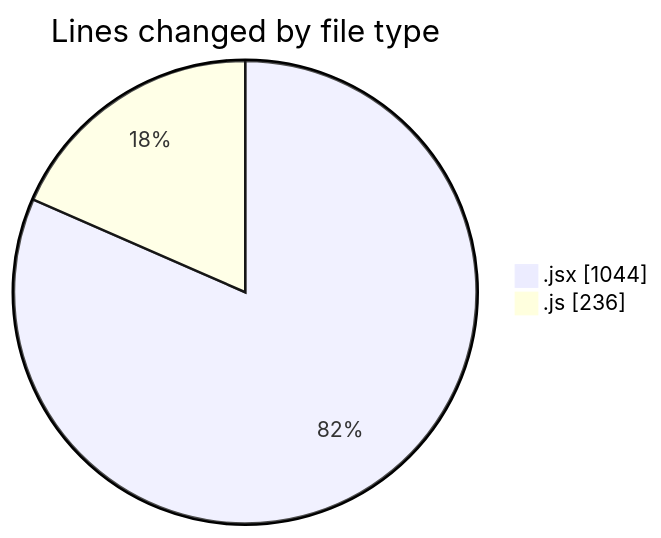
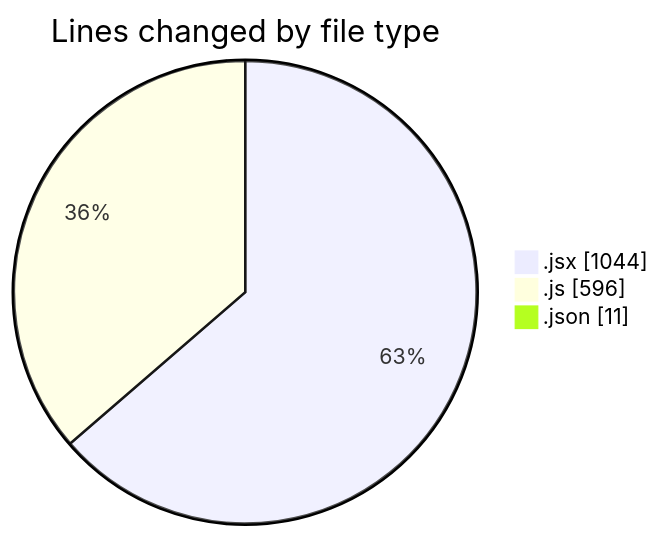
One commit to nxtqubesakshisongat/code-tracking changed the first of 2 diagrams in 2025-08-06/nxtqube_webapp/README.md. Above: the diagram before and after it, drawn with Mermaid. The commit also changed other lines of this file and 1 other file, not shown here.

````diff
--- a/2025-08-06/nxtqube_webapp/README.md
+++ b/2025-08-06/nxtqube_webapp/README.md
@@ -22,6 +24,7 @@
 ```mermaid
 pie showData
 title Lines changed by file type
 ".jsx" : 1044
-".js" : 236
+".js" : 596
+".json" : 11
 ```
````
